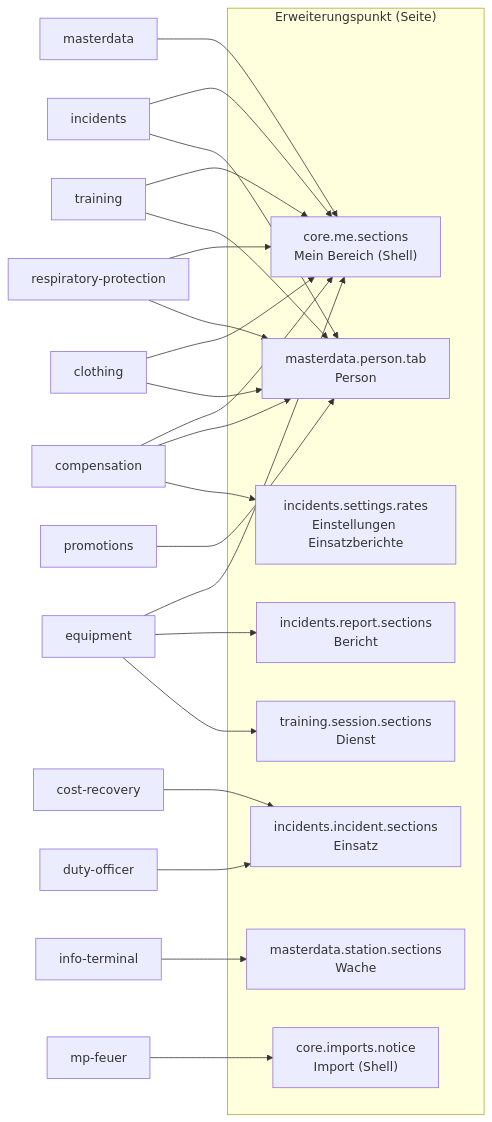
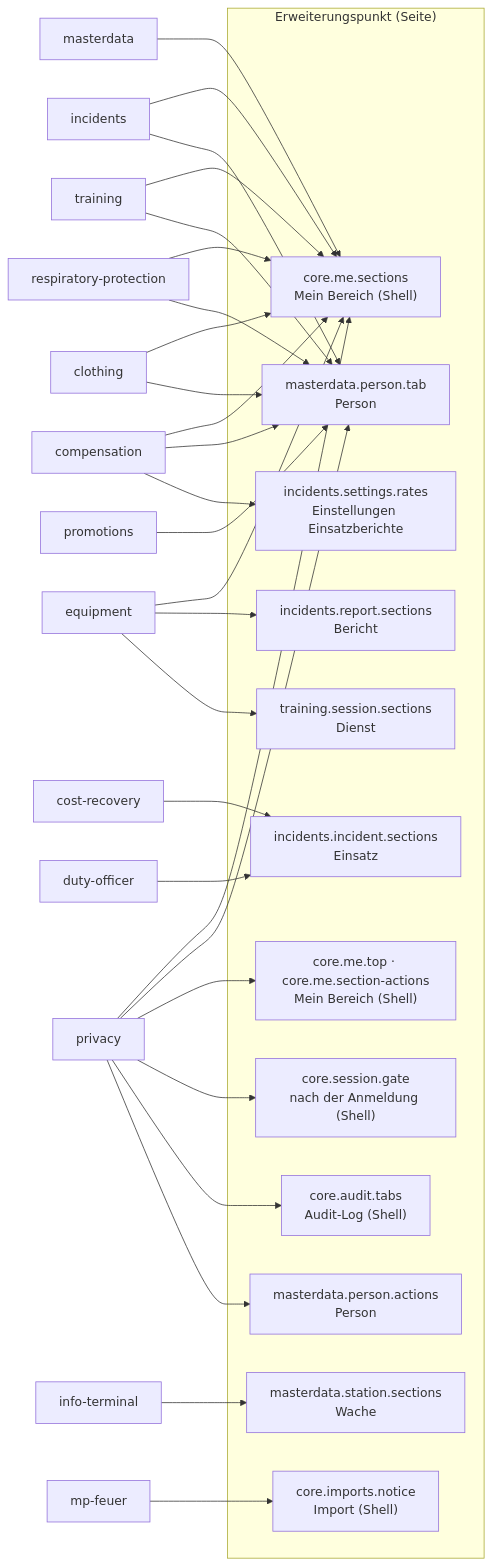
The fourth of 4 diagrams in dokumentation/implementiert/gesamtbild.md (stixx200/f.orga), drawn with Mermaid before and after one commit. The commit also changed other lines of this file and 291 other files, not shown here.

````diff
--- a/dokumentation/implementiert/gesamtbild.md
+++ b/dokumentation/implementiert/gesamtbild.md
@@ -167,26 +175,31 @@
 ```mermaid
 flowchart LR
   subgraph Punkte["Erweiterungspunkt (Seite)"]
     ME["core.me.sections<br/>Mein Bereich (Shell)"]
     PT["masterdata.person.tab<br/>Person"]
     IS["incidents.incident.sections<br/>Einsatz"]
     RS["incidents.report.sections<br/>Bericht"]
     SR["incidents.settings.rates<br/>Einstellungen Einsatzberichte"]
     SS["training.session.sections<br/>Dienst"]
     WS["masterdata.station.sections<br/>Wache"]
     IN["core.imports.notice<br/>Import (Shell)"]
+    MT["core.me.top · core.me.section-actions<br/>Mein Bereich (Shell)"]
+    SG["core.session.gate<br/>nach der Anmeldung (Shell)"]
+    AT["core.audit.tabs<br/>Audit-Log (Shell)"]
+    PA["masterdata.person.actions<br/>Person"]
   end
 
   MD[masterdata] --> ME
   INC[incidents] --> ME & PT
   TRN[training] --> ME & PT
   RP[respiratory-protection] --> ME & PT
   COMP[compensation] --> ME & PT & SR
   EQ[equipment] --> ME & RS & SS
   CL[clothing] --> ME & PT
   PR[promotions] --> PT
   CR[cost-recovery] --> IS
   DO[duty-officer] --> IS
   IT[info-terminal] --> WS
   MPF[mp-feuer] --> IN
+  PRV[privacy] --> ME & PT & MT & SG & AT & PA
 ```
````
